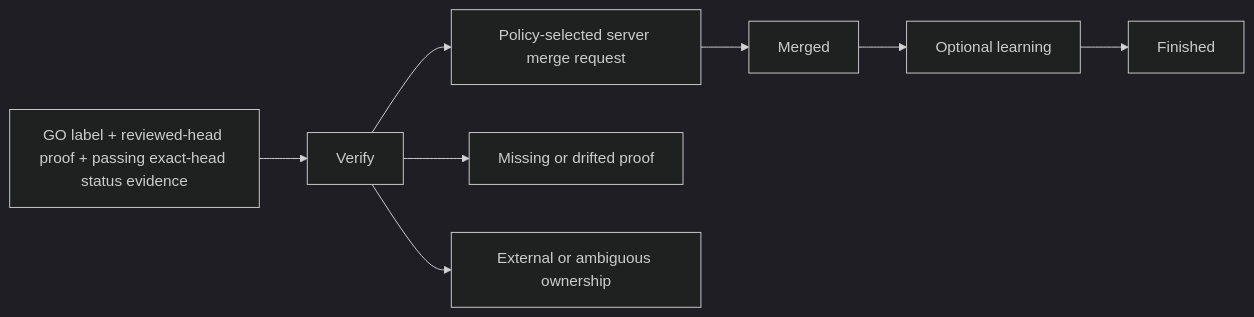
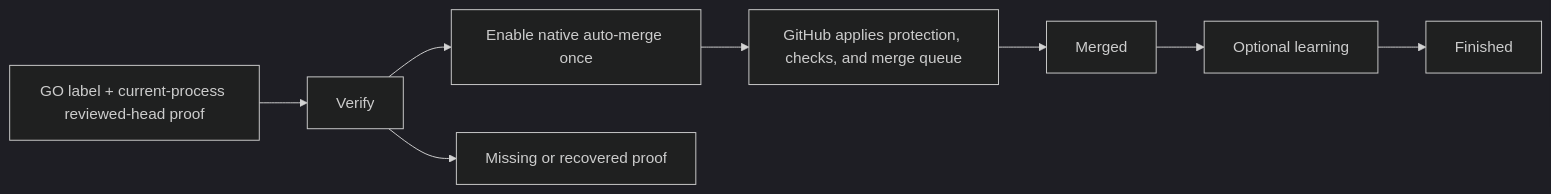
Diagram 13 of 16 in docs/architecture.md (HomericIntelligence/Hephaestus), drawn with Mermaid (dark theme) before and after one commit. The commit also changed other lines of this file and 3 other files, not shown here.

Commit message:
docs(automation): describe the delivered native auto-merge contract

````diff
--- a/docs/architecture.md
+++ b/docs/architecture.md
@@ -1760,8 +1736,8 @@
 ```mermaid
 flowchart LR
-    Approved["GO label + reviewed-head proof + passing exact-head status evidence"] --> Verify
-    Verify --> Merge["Policy-selected server merge request"]
-    Verify --> Review["Missing or drifted proof"]
-    Verify --> Operator["External or ambiguous ownership"]
-    Merge --> Merged --> Learn["Optional learning"] --> Finished
+    Approved["GO label + current-process reviewed-head proof"] --> Verify
+    Verify --> Merge["Enable native auto-merge once"]
+    Verify --> Review["Missing or recovered proof"]
+    Merge --> Server["GitHub applies protection, checks, and merge queue"]
+    Server --> Merged --> Learn["Optional learning"] --> Finished
 ```
````
